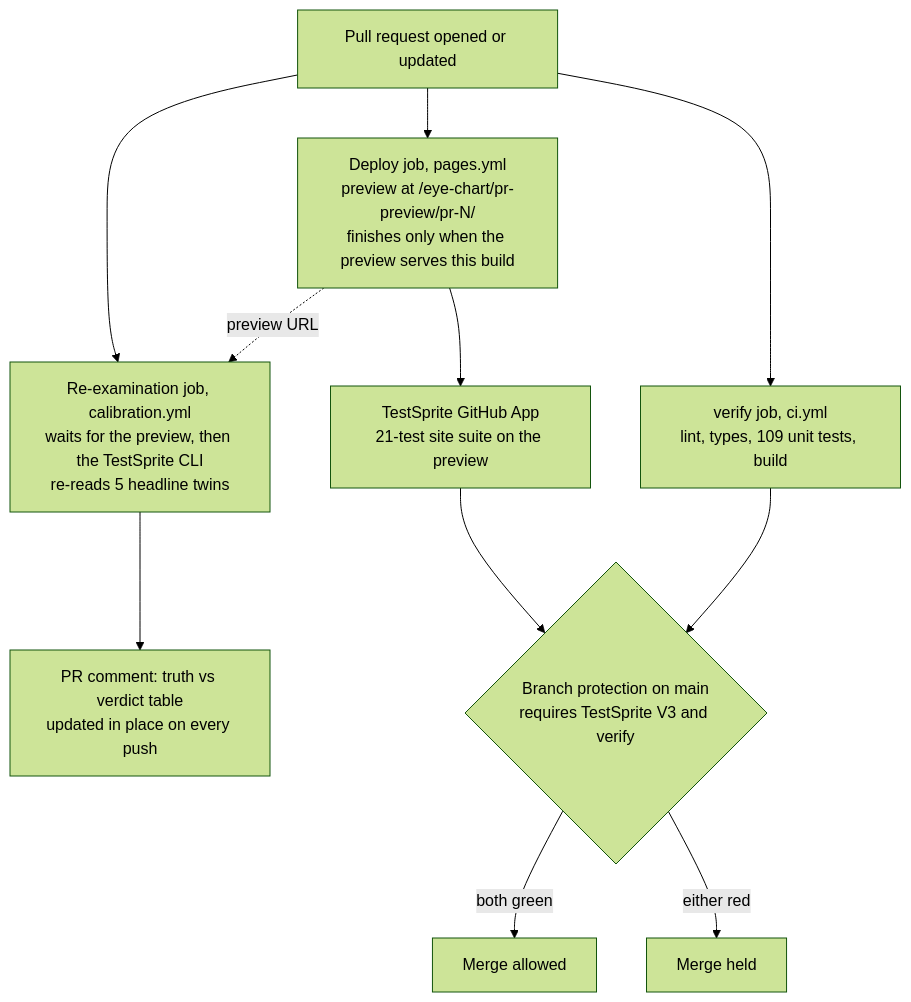
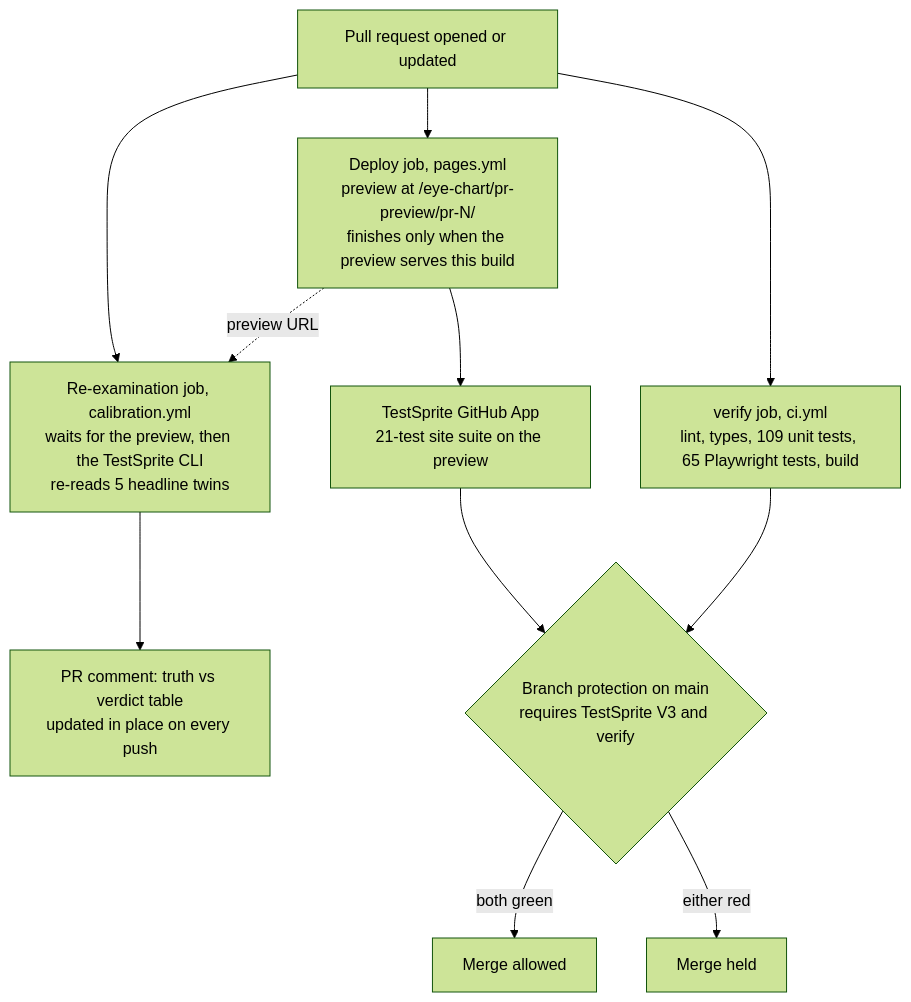
One commit to Yazan-O/eye-chart changed the second of 2 diagrams in README.md. Above: the diagram before and after it, drawn with Mermaid (forest theme). The commit also changed other lines of this file and 1 other file, not shown here.

````diff
--- a/README.md
+++ b/README.md
@@ -188,13 +188,13 @@
 ```mermaid
 flowchart TD
-  PR["Pull request opened or updated"] --> VER["verify job, ci.yml<br/>lint, types, 109 unit tests, build"]
+  PR["Pull request opened or updated"] --> VER["verify job, ci.yml<br/>lint, types, 109 unit tests, 65 Playwright tests, build"]
   PR --> DEP["Deploy job, pages.yml<br/>preview at /eye-chart/pr-preview/pr-N/<br/>finishes only when the preview serves this build"]
   DEP --> APP["TestSprite GitHub App<br/>21-test site suite on the preview"]
   PR --> RX["Re-examination job, calibration.yml<br/>waits for the preview, then the TestSprite CLI<br/>re-reads 5 headline twins"]
   DEP -. "preview URL" .-> RX
   RX --> CM["PR comment: truth vs verdict table<br/>updated in place on every push"]
   APP --> GATE{"Branch protection on main<br/>requires TestSprite V3 and verify"}
   VER --> GATE
   GATE -- "both green" --> MERGE["Merge allowed"]
   GATE -- "either red" --> HOLD["Merge held"]
 ```
````
